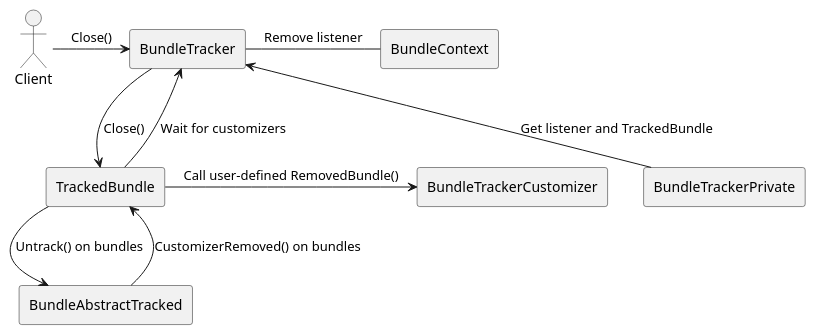
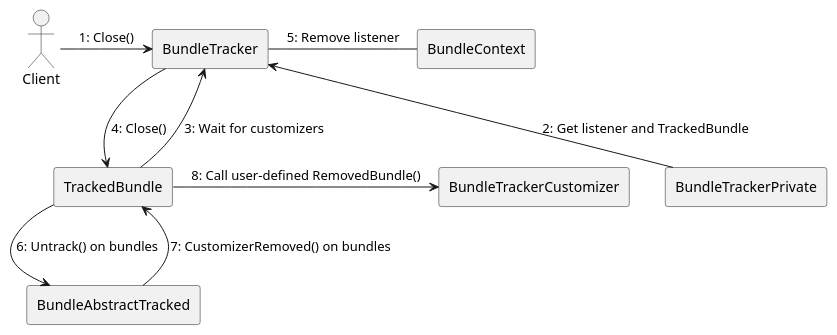
The diagram in text/0009-BundleTracker-integration/close_bundletracker.puml (CppMicroServices/rfcs), drawn with PlantUML before and after one commit. The commit also changed 12 other files, not shown here.

Commit message:
Add numbering to communication diagrams

```diff
--- a/text/0009-BundleTracker-integration/close_bundletracker.puml
+++ b/text/0009-BundleTracker-integration/close_bundletracker.puml
@@ -1,21 +1,21 @@
 @startuml close_diagram
 :Client: as Client
 
 rectangle "BundleTracker" as BT
 rectangle "BundleTrackerPrivate" as BTP
 rectangle "TrackedBundle" as TB
 rectangle "BundleContext" as BC
 rectangle "BundleAbstractTracked" as BAT
 rectangle "BundleTrackerCustomizer" as BTC
 
-Client -> BT : Close()
-BT <-d- BTP : Get listener and TrackedBundle
-BT <-d- TB : Wait for customizers
-BT -> TB : Close()
-BT - BC : Remove listener
+Client -> BT : 1: Close()
+BT <-d- BTP : 2: Get listener and TrackedBundle
+BT <-d- TB : 3: Wait for customizers
+BT -> TB : 4: Close()
+BT - BC : 5: Remove listener
 
-TB -d-> BAT : Untrack() on bundles
-BAT -> TB : CustomizerRemoved() on bundles
-TB -> BTC : Call user-defined RemovedBundle()
+TB -d-> BAT : 6: Untrack() on bundles
+BAT -> TB : 7: CustomizerRemoved() on bundles
+TB -> BTC : 8: Call user-defined RemovedBundle()
 
 @enduml
```
